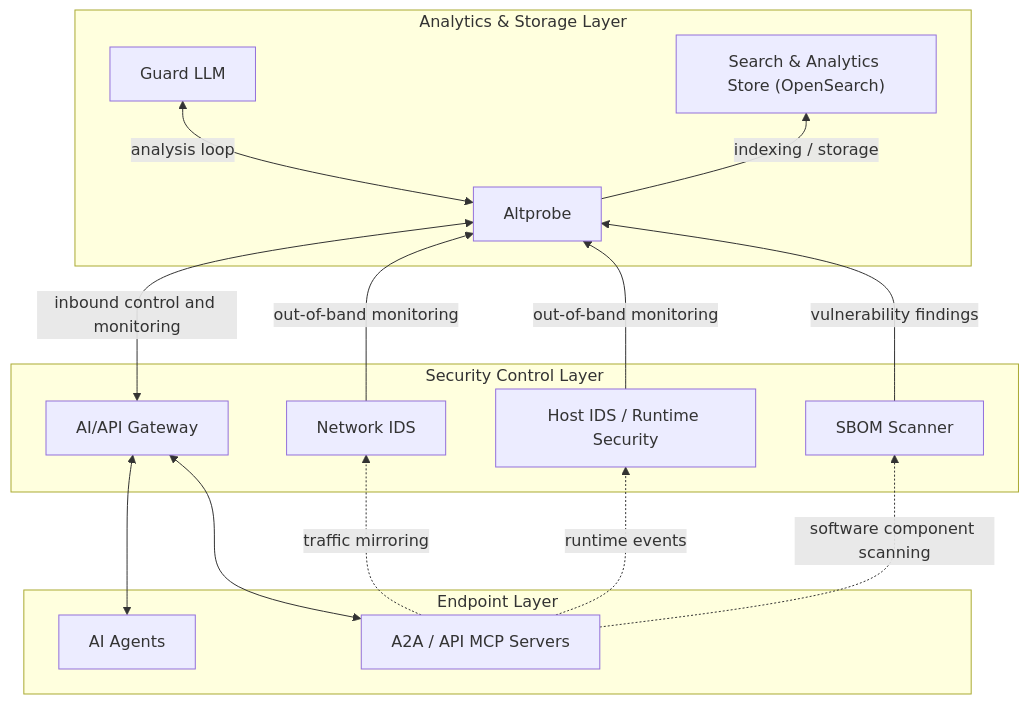
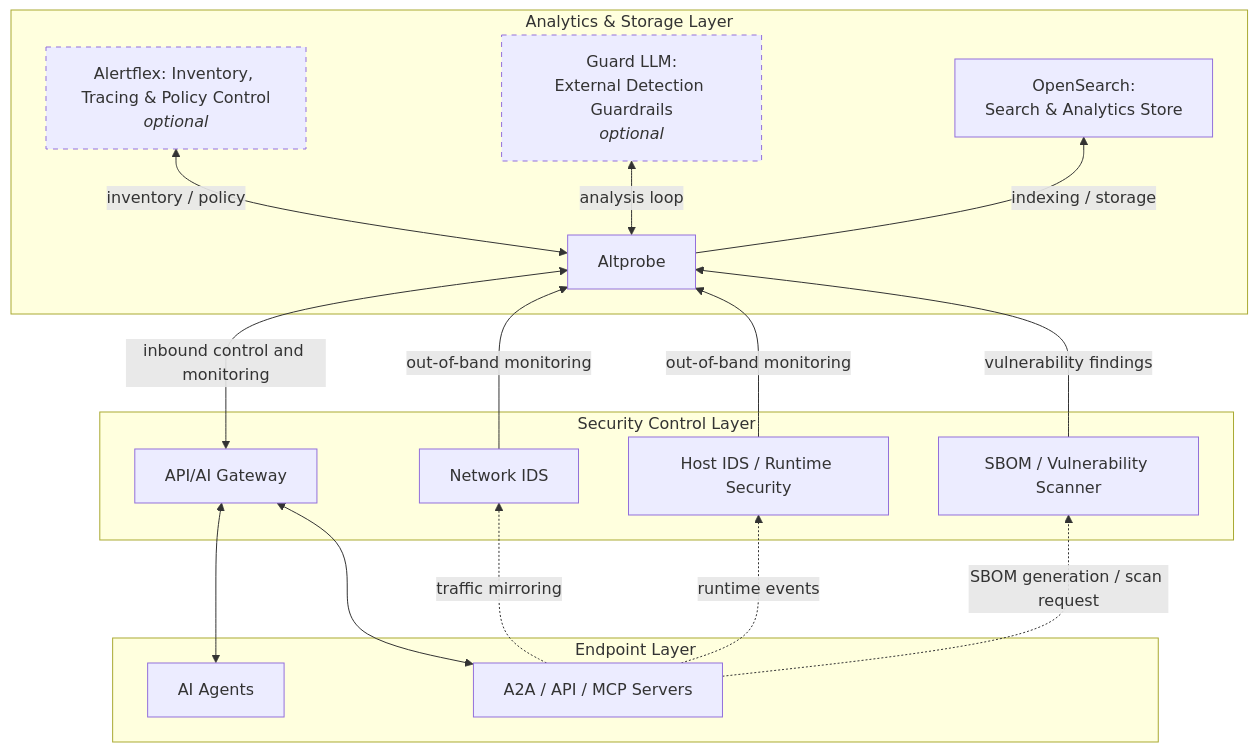
Before and after one commit to olegzhr/altprobe: the first of 2 diagrams in README.md, drawn with Mermaid. The commit also changed other lines of this file, not shown here.

````diff
--- a/README.md
+++ b/README.md
@@ -32,34 +32,40 @@
 ```mermaid
 flowchart BT
     subgraph L1["Endpoint Layer"]
         AI["AI Agents"]
-        MCP["A2A / API  MCP Servers"]
+        MCP["A2A / API / MCP Servers"]
     end
 
     subgraph L2["Security Control Layer"]
-        PROXY["AI/API Gateway"]
+        PROXY["API/AI Gateway"]
         SUR["Network IDS"]
         FALCO["Host IDS / Runtime Security"]
-        TRIVY["SBOM Scanner"]
+        TRIVY["SBOM / Vulnerability Scanner"]
     end
 
     subgraph L3["Analytics & Storage Layer"]
         ALT["Altprobe"]
-        GLLM["Guard LLM"]
-        OS["Search & Analytics Store (OpenSearch)"]
+        AFX["Alertflex: Inventory, Tracing & Policy Control<br/><i>optional</i>"]
+        GLLM["Guard LLM:<br/>External Detection Guardrails<br/><i>optional</i>"]
+        OS["OpenSearch:<br/>Search & Analytics Store"]
     end
 
     AI <--> PROXY
     MCP <--> PROXY
 
     MCP -.->|traffic mirroring| SUR
     MCP -.->|runtime events| FALCO
-    MCP -.->|software component scanning| TRIVY
+    MCP -.->|SBOM generation / scan request| TRIVY
 
     PROXY <-->|inbound control and monitoring| ALT
     SUR -->|out-of-band monitoring| ALT
     FALCO -->|out-of-band monitoring| ALT
     TRIVY -->|vulnerability findings| ALT
+
+    ALT <-->|inventory / policy| AFX
     ALT <-->|analysis loop| GLLM
     ALT -->|indexing / storage| OS
+
+    classDef optional stroke-dasharray: 5 5
+    class AFX,GLLM optional
 ```
````
